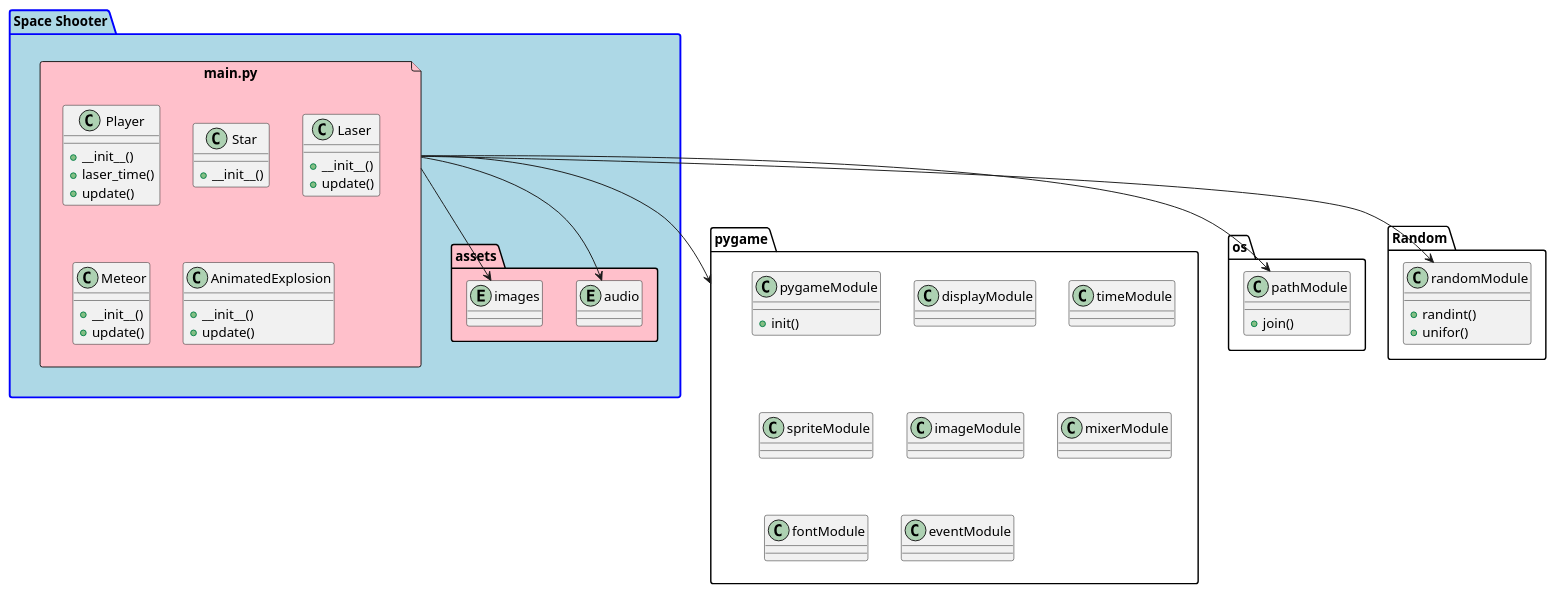
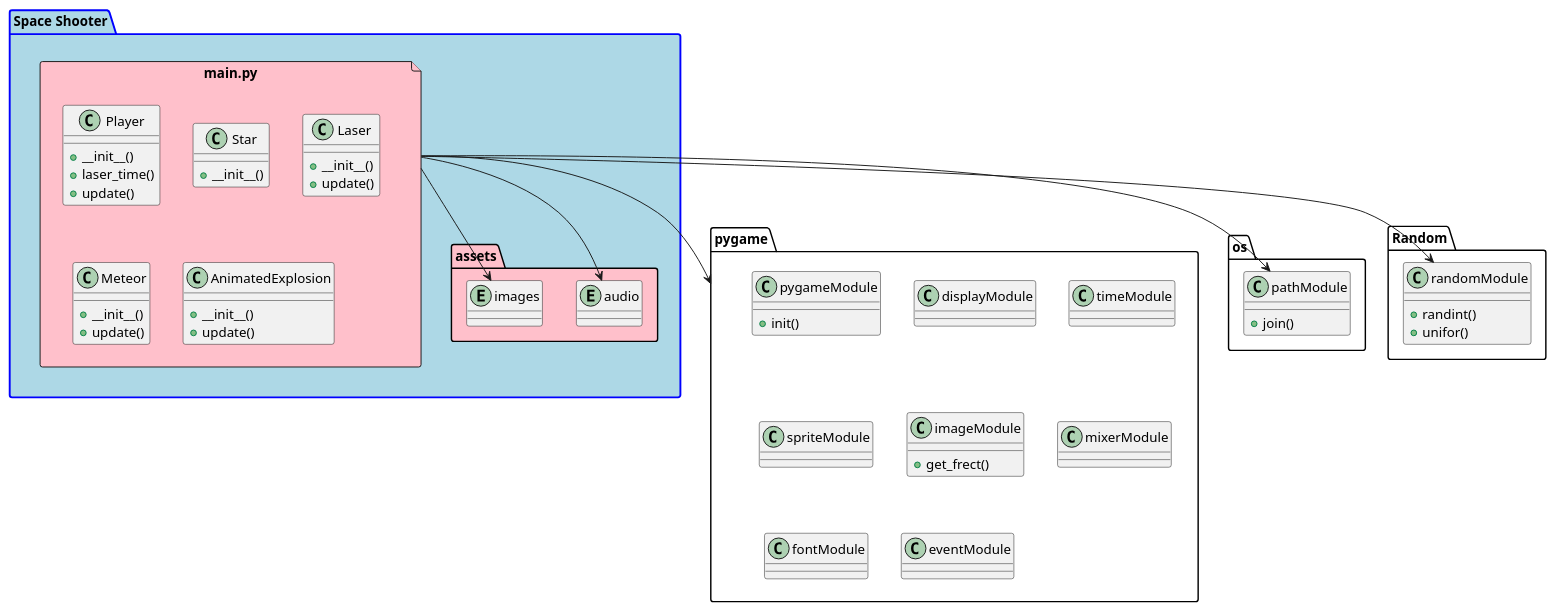
Before and after one commit to EZam1992/Pygame-Space-Shooter-: the diagram in diagrams/main.puml, drawn with PlantUML.

Commit message:
adding puml diagram

```diff
--- a/diagrams/main.puml
+++ b/diagrams/main.puml
@@ -1,102 +1,103 @@
 @startuml
 
 package pygame {
 
     class pygameModule {
         +init()
     }
         
     class displayModule {
 
     }
     
     class timeModule {
         
     }
     
     class spriteModule {
         
     }
     
     class imageModule {
+        +get_frect()
         
     }
  
 
     class mixerModule {
         
     }
  
 
     class fontModule {
         
     }
  
     class eventModule {
         
     }
 }
 
 package os {
 
     class pathModule{
         +join()
     }
 
 
 }
 
 package Random {
 
     class randomModule{
         +randint()
         +unifor()
     }
 
 }
 
 package "Space Shooter" as shoot #LightBlue;line:Blue;line.bold {
 
     package assets #Pink {
     entity audio {}
     entity images {}
 }
 
     file "main.py" as main_py #Pink {
 
     class Player {
         +__init__()
         +laser_time()
         +update()
     }
 
     class Star {
         +__init__()
     }
 
     class Laser {
         +__init__()
         +update()
     }
 
     class Meteor {
         +__init__()
         +update()
     }
 
     class AnimatedExplosion {
         +__init__()
         +update()
     }
 
     }
 
 }
 
 main_py --> pygame 
 main_py --> audio
 main_py --> images
 main_py --> pathModule
 main_py --> randomModule
 
 @enduml
```
